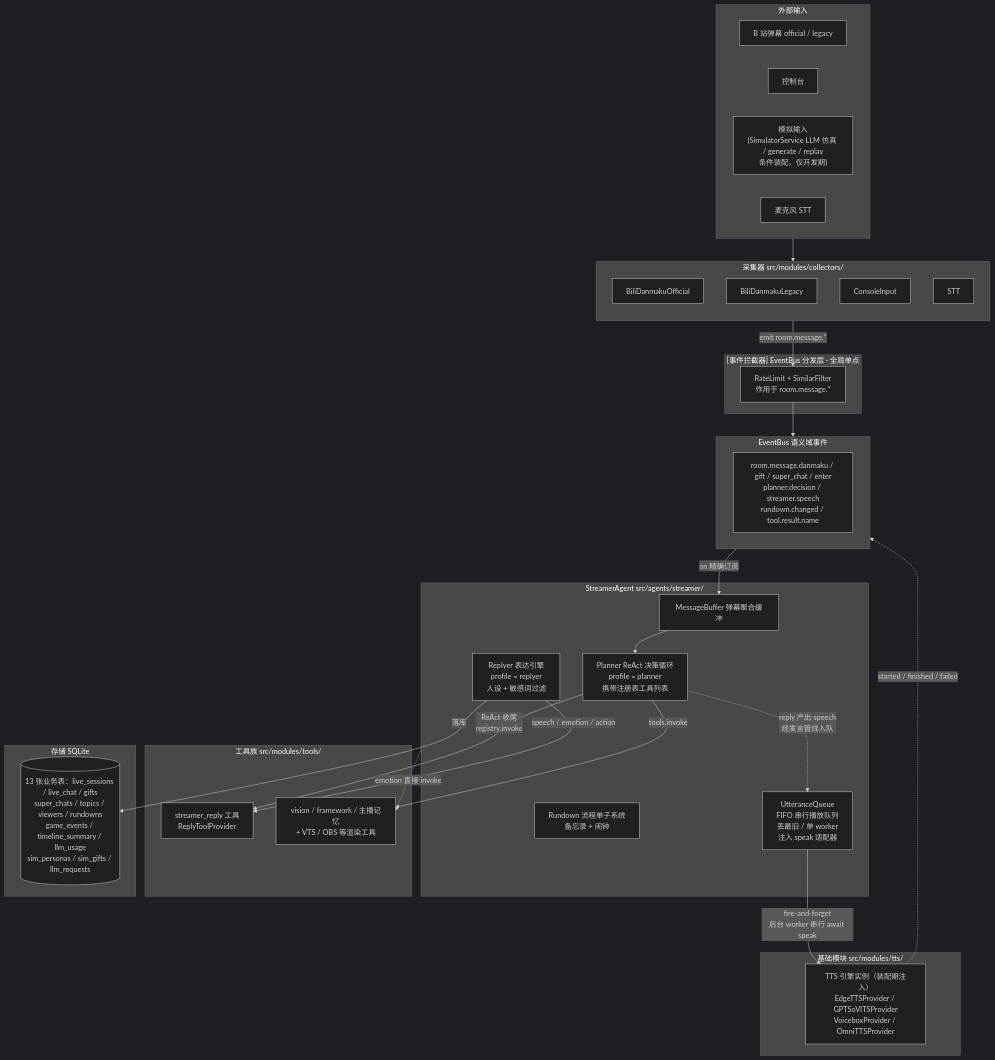
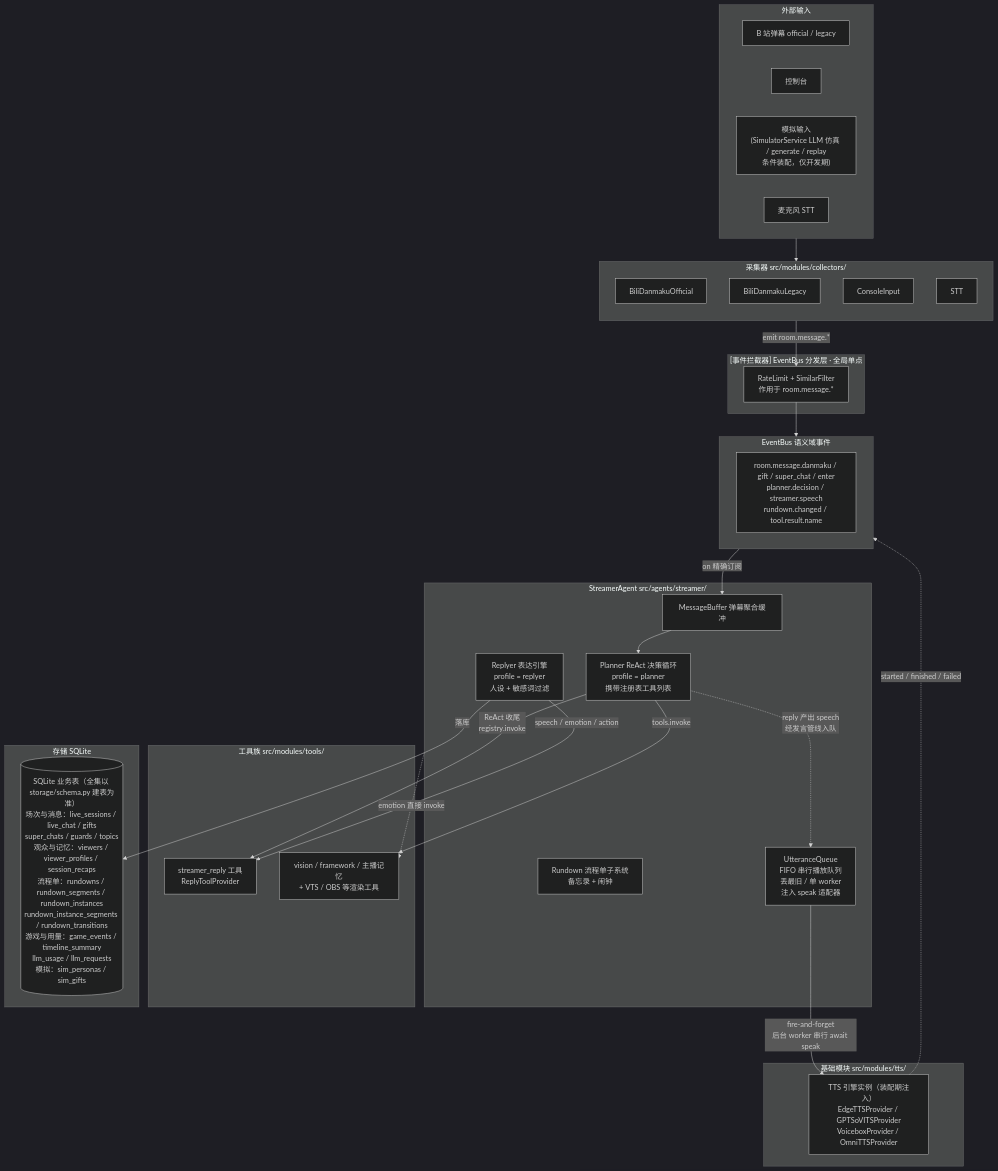
The diagram in docs/architecture/data-flow.md (Mai-with-u/Amaidesu), drawn with Mermaid (dark theme) before and after one commit. The commit also changed other lines of this file and 29 other files, not shown here.

````diff
--- a/docs/architecture/data-flow.md
+++ b/docs/architecture/data-flow.md
@@ -23,60 +23,60 @@
 ```mermaid
 flowchart TB
     subgraph Ext["外部输入"]
         Bili["B 站弹幕 official / legacy"]
         Cons["控制台"]
         Sim["模拟输入<br/>(SimulatorService LLM 仿真 / generate / replay<br/>条件装配，仅开发期)"]
         Mic["麦克风 STT"]
     end
 
     subgraph Collectors["采集器 src/modules/collectors/"]
         direction TB
         C1["BiliDanmakuOfficial"]
         C2["BiliDanmakuLegacy"]
         C3["ConsoleInput"]
         C4["STT"]
     end
 
     subgraph Interceptors["[事件拦截器] EventBus 分发层 · 全局单点"]
         IC["RateLimit + SimilarFilter<br/>作用于 room.message.*"]
     end
 
     subgraph Bus["EventBus 语义域事件"]
         EB["room.message.danmaku / gift / super_chat / enter<br/>planner.decision / streamer.speech<br/>rundown.changed / tool.result.name"]
     end
 
 subgraph StreamerAgent["StreamerAgent src/agents/streamer/"]
         MB["MessageBuffer 弹幕聚合缓冲"]
         Planner["Planner ReAct 决策循环<br/>profile = planner<br/>携带注册表工具列表"]
         Reply["Replyer 表达引擎<br/>profile = replyer<br/>人设 + 敏感词过滤"]
         Rundown["Rundown 流程单子系统<br/>备忘录 + 闹钟"]
         UQ["UtteranceQueue<br/>FIFO 串行播放队列<br/>丢最旧 / 单 worker<br/>注入 speak 适配器"]
     end
 
     subgraph Tools["工具族 src/modules/tools/"]
         RT["streamer_reply 工具<br/>ReplyToolProvider"]
         Other["vision / framework / 主播记忆<br/>+ VTS / OBS 等渲染工具"]
     end
 
     subgraph InFra["基础模块 src/modules/tts/"]
         TTSEng["TTS 引擎实例（装配期注入）<br/>EdgeTTSProvider / GPTSoVITSProvider<br/>VoiceboxProvider / OmniTTSProvider"]
     end
 
     subgraph Storage["存储 SQLite"]
-        DB[("13 张业务表：live_sessions / live_chat / gifts<br/>super_chats / topics / viewers / rundowns<br/>game_events / timeline_summary / llm_usage<br/>sim_personas / sim_gifts / llm_requests")]
+        DB[("SQLite 业务表（全集以 storage/schema.py 建表为准）<br/>场次与消息：live_sessions / live_chat / gifts<br/>super_chats / guards / topics<br/>观众与记忆：viewers / viewer_profiles / session_recaps<br/>流程单：rundowns / rundown_segments / rundown_instances<br/>rundown_instance_segments / rundown_transitions<br/>游戏与用量：game_events / timeline_summary<br/>llm_usage / llm_requests<br/>模拟：sim_personas / sim_gifts")]
     end
 
     Ext --> Collectors
     Collectors -->|emit room.message.*| IC
     IC --> Bus
     Bus -->|on 精确订阅| MB
     MB --> Planner
     Planner -->|ReAct 收尾<br/>registry.invoke| RT
     Reply -->|speech / emotion / action| RT
     Reply -->|落库| DB
     Planner -->|tools.invoke| Other
     Planner -.->|reply 产出 speech<br/>经发言管线入队| UQ
     UQ -->|fire-and-forget<br/>后台 worker 串行 await speak| TTSEng
     TTSEng -.->|started / finished / failed| Bus
     StreamerAgent -.->|emotion 直接 invoke| Other
 ```
````
